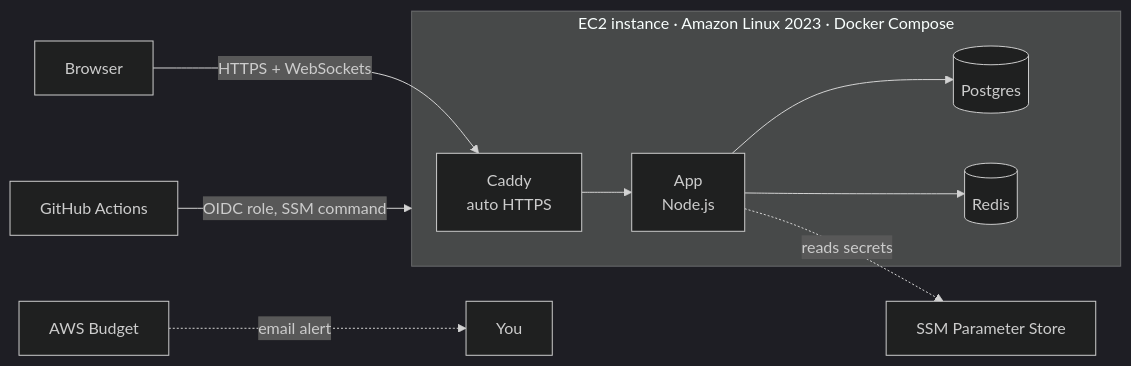
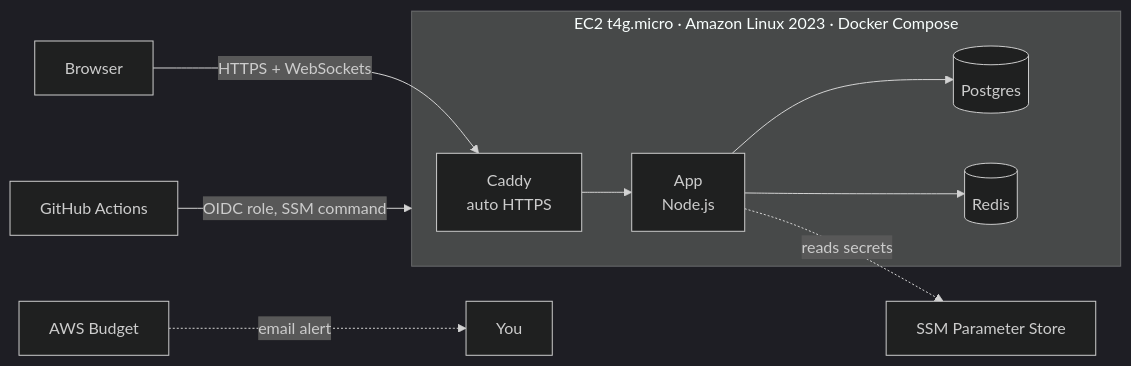
The diagram in docs/deploy-aws.md (Marcussi02/incident-room), drawn with Mermaid (dark theme) before and after one commit. The commit also changed other lines of this file and 4 other files, not shown here.

````diff
--- a/docs/deploy-aws.md
+++ b/docs/deploy-aws.md
@@ -7,12 +7,12 @@
 ```mermaid
 flowchart LR
   U[Browser] -->|HTTPS + WebSockets| C
   GH[GitHub Actions] -->|OIDC role, SSM command| EC2
-  subgraph EC2 [EC2 instance · Amazon Linux 2023 · Docker Compose]
+  subgraph EC2 [EC2 t4g.micro · Amazon Linux 2023 · Docker Compose]
     C[Caddy<br/>auto HTTPS] --> A[App<br/>Node.js]
     A --> P[(Postgres)]
     A --> R[(Redis)]
   end
   A -.reads secrets.-> SSM[SSM Parameter Store]
   B[AWS Budget] -.email alert.-> You
 ```
````
